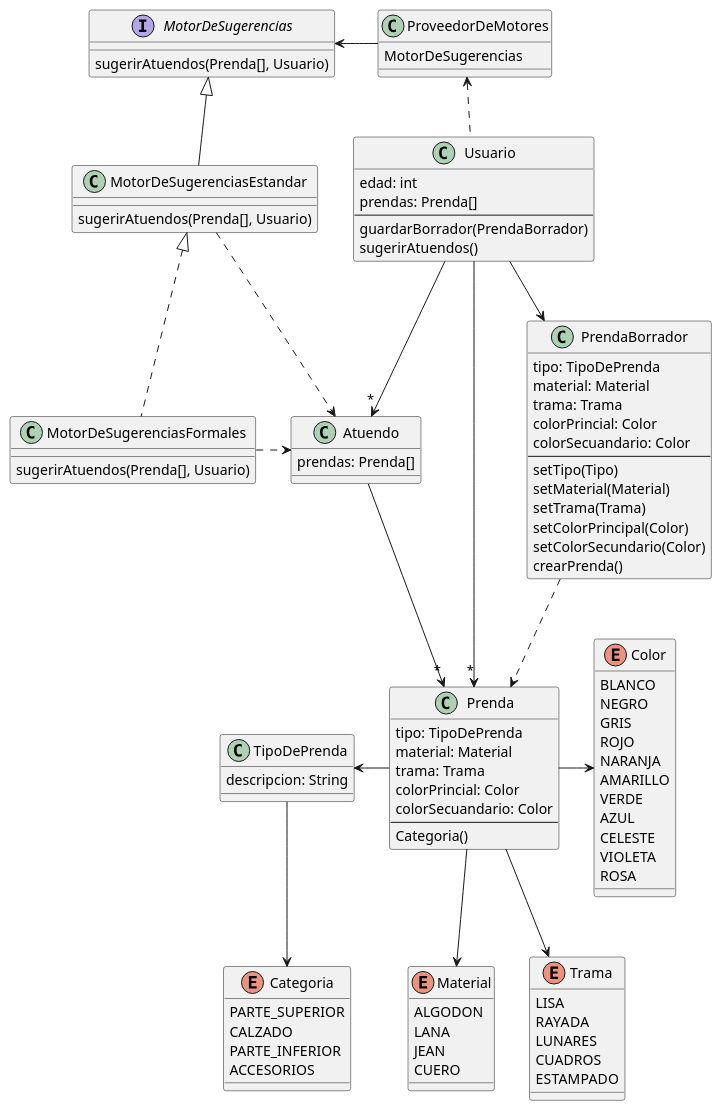
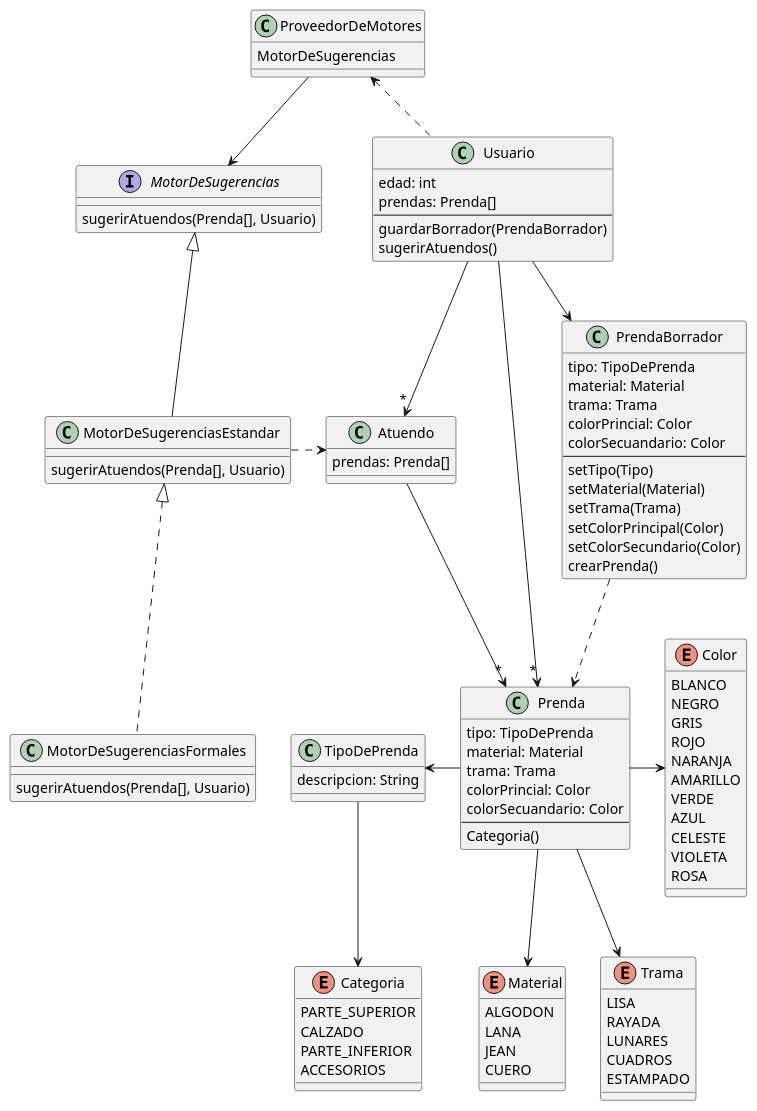
One commit to lrizzitano/tp-que-me-pongo changed the diagram in src/Diagrama-Entidades.puml. Above: the diagram before and after it, drawn with PlantUML.

Commit message:
actualizo diagrama de clases

```diff
--- a/src/Diagrama-Entidades.puml
+++ b/src/Diagrama-Entidades.puml
@@ -1,121 +1,120 @@
 @startuml
 
 class Usuario {
     edad: int
     prendas: Prenda[]
     --
     guardarBorrador(PrendaBorrador)
     sugerirAtuendos()
 }
 
 class Atuendo {
     prendas: Prenda[]
 }
 
 class Prenda {
     tipo: TipoDePrenda
     material: Material
     trama: Trama
     colorPrincial: Color
     colorSecuandario: Color
     --
     Categoria()
 }
 
 class PrendaBorrador {
     tipo: TipoDePrenda
     material: Material
     trama: Trama
     colorPrincial: Color
     colorSecuandario: Color
     --
     setTipo(Tipo)
     setMaterial(Material)
     setTrama(Trama)
     setColorPrincipal(Color)
     setColorSecundario(Color)
     crearPrenda()
 }
 
 class TipoDePrenda {
     descripcion: String
 }
 
 class ProveedorDeMotores {
     MotorDeSugerencias
 }
 
 interface MotorDeSugerencias {
     sugerirAtuendos(Prenda[], Usuario)
 }
 
 class MotorDeSugerenciasEstandar {
     sugerirAtuendos(Prenda[], Usuario)
 }
 
 class MotorDeSugerenciasFormales {
     sugerirAtuendos(Prenda[], Usuario)
 }
 
 enum Trama {
     LISA
     RAYADA
     LUNARES
     CUADROS
     ESTAMPADO
 }
 
 enum Color {
     BLANCO
     NEGRO
     GRIS
     ROJO
     NARANJA
     AMARILLO
     VERDE
     AZUL
     CELESTE
     VIOLETA
     ROSA
 }
 
 enum Categoria {
     PARTE_SUPERIOR
     CALZADO
     PARTE_INFERIOR
     ACCESORIOS
 }
 
 enum Material {
     ALGODON
     LANA
     JEAN
     CUERO
 }
 
 Atuendo -->"*" Prenda
+Atuendo -[hidden]r- PrendaBorrador
 
 Usuario -->"*" Prenda
 Usuario --> PrendaBorrador
 Usuario -->"*" Atuendo
 Usuario .l.> ProveedorDeMotores
 
 PrendaBorrador ..> Prenda
 
 Prenda -l-> TipoDePrenda
 Prenda --> Trama
 Prenda -> Color
 Prenda --> Material
 
 TipoDePrenda --> Categoria
 
-ProveedorDeMotores -l-> MotorDeSugerencias
+ProveedorDeMotores --> MotorDeSugerencias
 
 MotorDeSugerenciasEstandar -u-|> MotorDeSugerencias
 MotorDeSugerenciasEstandar .r.> Atuendo
 
 MotorDeSugerenciasFormales .u.|> MotorDeSugerenciasEstandar
-MotorDeSugerenciasFormales .r.> Atuendo
-
 
 @enduml
```
